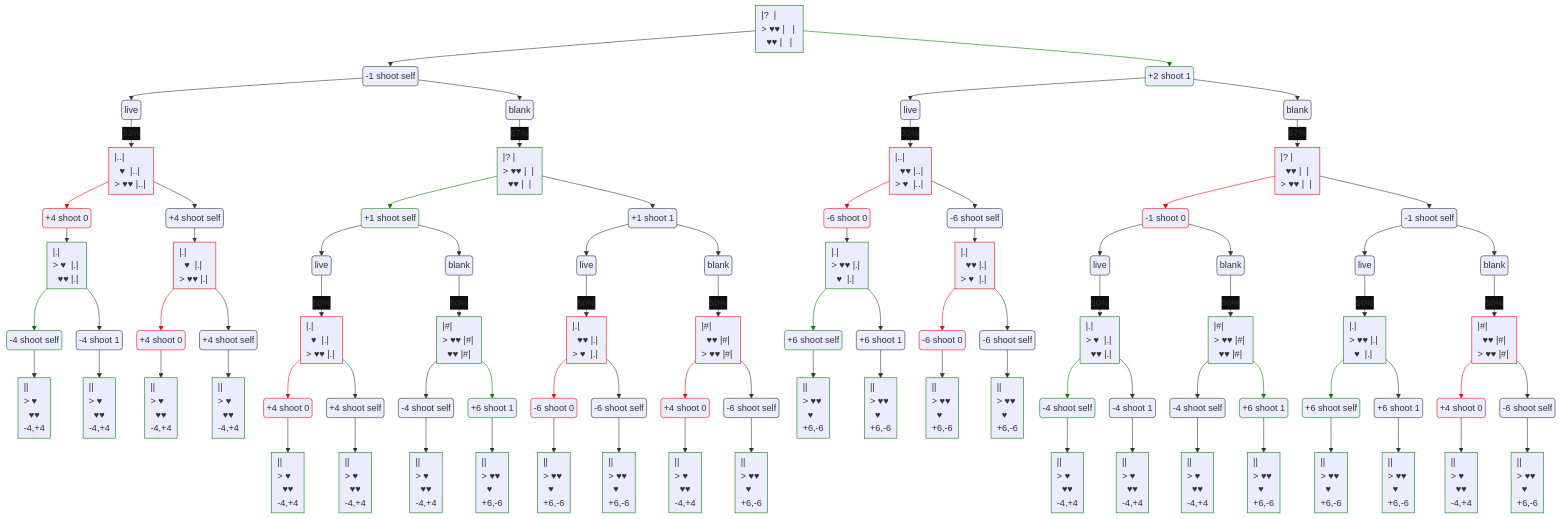
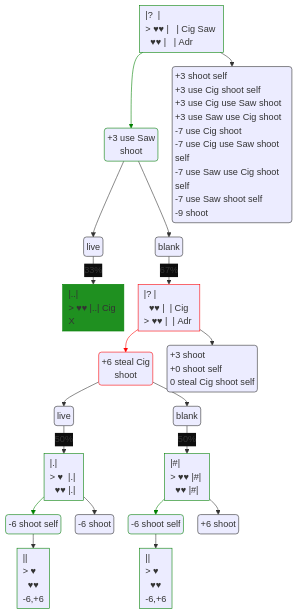
Before and after one commit to pingbird/buckshot: the diagram in output.mmd, drawn with Mermaid. The commit also changed 5 other files, not shown here.

```diff
--- a/output.mmd
+++ b/output.mmd
@@ -12,251 +12,60 @@
     padding: 5
 ---
 graph TD;
-  n0["|?&nbsp;&nbsp;|&nbsp;<br>>&nbsp;♥♥&nbsp;|&nbsp;&nbsp;&nbsp;|&nbsp;<br>&nbsp;&nbsp;♥♥&nbsp;|&nbsp;&nbsp;&nbsp;|&nbsp;<br>"]
+  n0["|?&nbsp;&nbsp;|&nbsp;<br>>&nbsp;♥♥&nbsp;|&nbsp;&nbsp;&nbsp;|&nbsp;Cig&nbsp;Saw&nbsp;<br>&nbsp;&nbsp;♥♥&nbsp;|&nbsp;&nbsp;&nbsp;|&nbsp;Adr&nbsp;<br>"]
   style n0 text-align:left,stroke:green;
-  d0-0("-1 shoot self")
-  n0 --> d0-0
-  p0-0-0(" live")
-  d0-0 --> p0-0-0
-  p0-0-0 -->|"33%"| n1
-  p0-0-1(" blank")
-  d0-0 --> p0-0-1
-  p0-0-1 -->|"67%"| n8
-  d0-1("+2 shoot 1")
-  n0 --> d0-1
-  style d0-1 stroke: green
-  linkStyle 5 stroke: green;
-  p0-1-0(" live")
-  d0-1 --> p0-1-0
-  p0-1-0 -->|"33%"| n21
-  p0-1-1(" blank")
-  d0-1 --> p0-1-1
-  p0-1-1 -->|"67%"| n28
-  n1["|..|&nbsp;<br>&nbsp;&nbsp;♥&nbsp;&nbsp;|..|&nbsp;<br>>&nbsp;♥♥&nbsp;|..|&nbsp;<br>"]
-  style n1 text-align:left,stroke:red;
-  d1-0("+4 shoot 0")
-  n1 --> d1-0
-  style d1-0 stroke: red
-  linkStyle 10 stroke: red;
-  d1-0 --> n2
-  d1-1("+4 shoot self")
-  n1 --> d1-1
-  d1-1 --> n5
-  n2["|.|&nbsp;<br>>&nbsp;♥&nbsp;&nbsp;|.|&nbsp;<br>&nbsp;&nbsp;♥♥&nbsp;|.|&nbsp;<br>"]
-  style n2 text-align:left,stroke:green;
-  d2-0("-4 shoot self")
-  n2 --> d2-0
-  style d2-0 stroke: green
-  linkStyle 14 stroke: green;
-  d2-0 --> n3
-  d2-1("-4 shoot 1")
-  n2 --> d2-1
-  d2-1 --> n4
-  n3["||&nbsp;<br>>&nbsp;♥&nbsp;&nbsp;<br>&nbsp;&nbsp;♥♥&nbsp;<br>-4,+4"]
-  style n3 text-align:left,stroke:green;
-  n4["||&nbsp;<br>>&nbsp;♥&nbsp;&nbsp;<br>&nbsp;&nbsp;♥♥&nbsp;<br>-4,+4"]
-  style n4 text-align:left,stroke:green;
-  n5["|.|&nbsp;<br>&nbsp;&nbsp;♥&nbsp;&nbsp;|.|&nbsp;<br>>&nbsp;♥♥&nbsp;|.|&nbsp;<br>"]
-  style n5 text-align:left,stroke:red;
-  d5-0("+4 shoot 0")
-  n5 --> d5-0
-  style d5-0 stroke: red
-  linkStyle 18 stroke: red;
-  d5-0 --> n6
-  d5-1("+4 shoot self")
-  n5 --> d5-1
-  d5-1 --> n7
-  n6["||&nbsp;<br>>&nbsp;♥&nbsp;&nbsp;<br>&nbsp;&nbsp;♥♥&nbsp;<br>-4,+4"]
-  style n6 text-align:left,stroke:green;
-  n7["||&nbsp;<br>>&nbsp;♥&nbsp;&nbsp;<br>&nbsp;&nbsp;♥♥&nbsp;<br>-4,+4"]
-  style n7 text-align:left,stroke:green;
-  n8["|?&nbsp;|&nbsp;<br>>&nbsp;♥♥&nbsp;|&nbsp;&nbsp;|&nbsp;<br>&nbsp;&nbsp;♥♥&nbsp;|&nbsp;&nbsp;|&nbsp;<br>"]
-  style n8 text-align:left,stroke:green;
-  d8-0("+1 shoot self")
-  n8 --> d8-0
-  style d8-0 stroke: green
-  linkStyle 22 stroke: green;
-  p8-0-0(" live")
-  d8-0 --> p8-0-0
-  p8-0-0 -->|"50%"| n9
-  p8-0-1(" blank")
-  d8-0 --> p8-0-1
-  p8-0-1 -->|"50%"| n12
-  d8-1("+1 shoot 1")
-  n8 --> d8-1
-  p8-1-0(" live")
-  d8-1 --> p8-1-0
-  p8-1-0 -->|"50%"| n15
-  p8-1-1(" blank")
-  d8-1 --> p8-1-1
-  p8-1-1 -->|"50%"| n18
-  n9["|.|&nbsp;<br>&nbsp;&nbsp;♥&nbsp;&nbsp;|.|&nbsp;<br>>&nbsp;♥♥&nbsp;|.|&nbsp;<br>"]
-  style n9 text-align:left,stroke:red;
-  d9-0("+4 shoot 0")
-  n9 --> d9-0
-  style d9-0 stroke: red
-  linkStyle 32 stroke: red;
-  d9-0 --> n10
-  d9-1("+4 shoot self")
-  n9 --> d9-1
-  d9-1 --> n11
-  n10["||&nbsp;<br>>&nbsp;♥&nbsp;&nbsp;<br>&nbsp;&nbsp;♥♥&nbsp;<br>-4,+4"]
-  style n10 text-align:left,stroke:green;
-  n11["||&nbsp;<br>>&nbsp;♥&nbsp;&nbsp;<br>&nbsp;&nbsp;♥♥&nbsp;<br>-4,+4"]
-  style n11 text-align:left,stroke:green;
-  n12["|#|&nbsp;<br>>&nbsp;♥♥&nbsp;|#|&nbsp;<br>&nbsp;&nbsp;♥♥&nbsp;|#|&nbsp;<br>"]
-  style n12 text-align:left,stroke:green;
-  d12-0("-4 shoot self")
-  n12 --> d12-0
-  d12-0 --> n13
-  d12-1("+6 shoot 1")
-  n12 --> d12-1
-  style d12-1 stroke: green
-  linkStyle 38 stroke: green;
-  d12-1 --> n14
-  n13["||&nbsp;<br>>&nbsp;♥&nbsp;&nbsp;<br>&nbsp;&nbsp;♥♥&nbsp;<br>-4,+4"]
-  style n13 text-align:left,stroke:green;
-  n14["||&nbsp;<br>>&nbsp;♥♥&nbsp;<br>&nbsp;&nbsp;♥&nbsp;&nbsp;<br>+6,-6"]
-  style n14 text-align:left,stroke:green;
-  n15["|.|&nbsp;<br>&nbsp;&nbsp;♥♥&nbsp;|.|&nbsp;<br>>&nbsp;♥&nbsp;&nbsp;|.|&nbsp;<br>"]
-  style n15 text-align:left,stroke:red;
-  d15-0("-6 shoot 0")
-  n15 --> d15-0
-  style d15-0 stroke: red
-  linkStyle 40 stroke: red;
-  d15-0 --> n16
-  d15-1("-6 shoot self")
-  n15 --> d15-1
-  d15-1 --> n17
-  n16["||&nbsp;<br>>&nbsp;♥♥&nbsp;<br>&nbsp;&nbsp;♥&nbsp;&nbsp;<br>+6,-6"]
-  style n16 text-align:left,stroke:green;
-  n17["||&nbsp;<br>>&nbsp;♥♥&nbsp;<br>&nbsp;&nbsp;♥&nbsp;&nbsp;<br>+6,-6"]
-  style n17 text-align:left,stroke:green;
-  n18["|#|&nbsp;<br>&nbsp;&nbsp;♥♥&nbsp;|#|&nbsp;<br>>&nbsp;♥♥&nbsp;|#|&nbsp;<br>"]
-  style n18 text-align:left,stroke:red;
-  d18-0("+4 shoot 0")
-  n18 --> d18-0
-  style d18-0 stroke: red
-  linkStyle 44 stroke: red;
-  d18-0 --> n19
-  d18-1("-6 shoot self")
-  n18 --> d18-1
-  d18-1 --> n20
-  n19["||&nbsp;<br>>&nbsp;♥&nbsp;&nbsp;<br>&nbsp;&nbsp;♥♥&nbsp;<br>-4,+4"]
-  style n19 text-align:left,stroke:green;
-  n20["||&nbsp;<br>>&nbsp;♥♥&nbsp;<br>&nbsp;&nbsp;♥&nbsp;&nbsp;<br>+6,-6"]
-  style n20 text-align:left,stroke:green;
-  n21["|..|&nbsp;<br>&nbsp;&nbsp;♥♥&nbsp;|..|&nbsp;<br>>&nbsp;♥&nbsp;&nbsp;|..|&nbsp;<br>"]
-  style n21 text-align:left,stroke:red;
-  d21-0("-6 shoot 0")
-  n21 --> d21-0
-  style d21-0 stroke: red
-  linkStyle 48 stroke: red;
-  d21-0 --> n22
-  d21-1("-6 shoot self")
-  n21 --> d21-1
-  d21-1 --> n25
-  n22["|.|&nbsp;<br>>&nbsp;♥♥&nbsp;|.|&nbsp;<br>&nbsp;&nbsp;♥&nbsp;&nbsp;|.|&nbsp;<br>"]
-  style n22 text-align:left,stroke:green;
-  d22-0("+6 shoot self")
-  n22 --> d22-0
-  style d22-0 stroke: green
-  linkStyle 52 stroke: green;
-  d22-0 --> n23
-  d22-1("+6 shoot 1")
-  n22 --> d22-1
-  d22-1 --> n24
-  n23["||&nbsp;<br>>&nbsp;♥♥&nbsp;<br>&nbsp;&nbsp;♥&nbsp;&nbsp;<br>+6,-6"]
-  style n23 text-align:left,stroke:green;
-  n24["||&nbsp;<br>>&nbsp;♥♥&nbsp;<br>&nbsp;&nbsp;♥&nbsp;&nbsp;<br>+6,-6"]
-  style n24 text-align:left,stroke:green;
-  n25["|.|&nbsp;<br>&nbsp;&nbsp;♥♥&nbsp;|.|&nbsp;<br>>&nbsp;♥&nbsp;&nbsp;|.|&nbsp;<br>"]
-  style n25 text-align:left,stroke:red;
-  d25-0("-6 shoot 0")
-  n25 --> d25-0
-  style d25-0 stroke: red
-  linkStyle 56 stroke: red;
-  d25-0 --> n26
-  d25-1("-6 shoot self")
-  n25 --> d25-1
-  d25-1 --> n27
-  n26["||&nbsp;<br>>&nbsp;♥♥&nbsp;<br>&nbsp;&nbsp;♥&nbsp;&nbsp;<br>+6,-6"]
-  style n26 text-align:left,stroke:green;
-  n27["||&nbsp;<br>>&nbsp;♥♥&nbsp;<br>&nbsp;&nbsp;♥&nbsp;&nbsp;<br>+6,-6"]
-  style n27 text-align:left,stroke:green;
-  n28["|?&nbsp;|&nbsp;<br>&nbsp;&nbsp;♥♥&nbsp;|&nbsp;&nbsp;|&nbsp;<br>>&nbsp;♥♥&nbsp;|&nbsp;&nbsp;|&nbsp;<br>"]
-  style n28 text-align:left,stroke:red;
-  d28-0("-1 shoot 0")
-  n28 --> d28-0
-  style d28-0 stroke: red
-  linkStyle 60 stroke: red;
-  p28-0-0(" live")
-  d28-0 --> p28-0-0
-  p28-0-0 -->|"50%"| n29
-  p28-0-1(" blank")
-  d28-0 --> p28-0-1
-  p28-0-1 -->|"50%"| n32
-  d28-1("-1 shoot self")
-  n28 --> d28-1
-  p28-1-0(" live")
-  d28-1 --> p28-1-0
-  p28-1-0 -->|"50%"| n35
-  p28-1-1(" blank")
-  d28-1 --> p28-1-1
-  p28-1-1 -->|"50%"| n38
-  n29["|.|&nbsp;<br>>&nbsp;♥&nbsp;&nbsp;|.|&nbsp;<br>&nbsp;&nbsp;♥♥&nbsp;|.|&nbsp;<br>"]
-  style n29 text-align:left,stroke:green;
-  d29-0("-4 shoot self")
-  n29 --> d29-0
-  style d29-0 stroke: green
-  linkStyle 70 stroke: green;
-  d29-0 --> n30
-  d29-1("-4 shoot 1")
-  n29 --> d29-1
-  d29-1 --> n31
-  n30["||&nbsp;<br>>&nbsp;♥&nbsp;&nbsp;<br>&nbsp;&nbsp;♥♥&nbsp;<br>-4,+4"]
-  style n30 text-align:left,stroke:green;
-  n31["||&nbsp;<br>>&nbsp;♥&nbsp;&nbsp;<br>&nbsp;&nbsp;♥♥&nbsp;<br>-4,+4"]
-  style n31 text-align:left,stroke:green;
-  n32["|#|&nbsp;<br>>&nbsp;♥♥&nbsp;|#|&nbsp;<br>&nbsp;&nbsp;♥♥&nbsp;|#|&nbsp;<br>"]
-  style n32 text-align:left,stroke:green;
-  d32-0("-4 shoot self")
-  n32 --> d32-0
-  d32-0 --> n33
-  d32-1("+6 shoot 1")
-  n32 --> d32-1
-  style d32-1 stroke: green
-  linkStyle 76 stroke: green;
-  d32-1 --> n34
-  n33["||&nbsp;<br>>&nbsp;♥&nbsp;&nbsp;<br>&nbsp;&nbsp;♥♥&nbsp;<br>-4,+4"]
-  style n33 text-align:left,stroke:green;
-  n34["||&nbsp;<br>>&nbsp;♥♥&nbsp;<br>&nbsp;&nbsp;♥&nbsp;&nbsp;<br>+6,-6"]
-  style n34 text-align:left,stroke:green;
-  n35["|.|&nbsp;<br>>&nbsp;♥♥&nbsp;|.|&nbsp;<br>&nbsp;&nbsp;♥&nbsp;&nbsp;|.|&nbsp;<br>"]
-  style n35 text-align:left,stroke:green;
-  d35-0("+6 shoot self")
-  n35 --> d35-0
-  style d35-0 stroke: green
-  linkStyle 78 stroke: green;
-  d35-0 --> n36
-  d35-1("+6 shoot 1")
-  n35 --> d35-1
-  d35-1 --> n37
-  n36["||&nbsp;<br>>&nbsp;♥♥&nbsp;<br>&nbsp;&nbsp;♥&nbsp;&nbsp;<br>+6,-6"]
-  style n36 text-align:left,stroke:green;
-  n37["||&nbsp;<br>>&nbsp;♥♥&nbsp;<br>&nbsp;&nbsp;♥&nbsp;&nbsp;<br>+6,-6"]
-  style n37 text-align:left,stroke:green;
-  n38["|#|&nbsp;<br>&nbsp;&nbsp;♥♥&nbsp;|#|&nbsp;<br>>&nbsp;♥♥&nbsp;|#|&nbsp;<br>"]
-  style n38 text-align:left,stroke:red;
-  d38-0("+4 shoot 0")
-  n38 --> d38-0
-  style d38-0 stroke: red
-  linkStyle 82 stroke: red;
-  d38-0 --> n39
-  d38-1("-6 shoot self")
-  n38 --> d38-1
-  d38-1 --> n40
-  n39["||&nbsp;<br>>&nbsp;♥&nbsp;&nbsp;<br>&nbsp;&nbsp;♥♥&nbsp;<br>-4,+4"]
-  style n39 text-align:left,stroke:green;
-  n40["||&nbsp;<br>>&nbsp;♥♥&nbsp;<br>&nbsp;&nbsp;♥&nbsp;&nbsp;<br>+6,-6"]
-  style n40 text-align:left,stroke:green;
+  d0-7("+3 use Saw<br>shoot")
+  n0 --> d0-7
+  style d0-7 stroke: green
+  linkStyle 0 stroke: green;
+  p0-7-0(" live")
+  d0-7 --> p0-7-0
+  p0-7-0 -->|"33%"| n179
+  p0-7-1(" blank")
+  d0-7 --> p0-7-1
+  p0-7-1 -->|"67%"| n180
+  h0("+3 shoot self<br>+3 use Cig shoot self<br>+3 use Cig use Saw shoot<br>+3 use Saw use Cig shoot<br>-7 use Cig shoot<br>-7 use Cig use Saw shoot self<br>-7 use Saw use Cig shoot self<br>-7 use Saw shoot self<br>-9 shoot")
+  n0 --> h0
+  style h0 text-align:left
+  n179["|..|&nbsp;<br>>&nbsp;♥♥&nbsp;|..|&nbsp;Cig&nbsp;<br>X&nbsp;&nbsp;&nbsp;&nbsp;<br>"]
+  style n179 text-align:left,stroke:green;
+  style n179 fill:#1f9020
+  n180["|?&nbsp;|&nbsp;<br>&nbsp;&nbsp;♥♥&nbsp;|&nbsp;&nbsp;|&nbsp;Cig&nbsp;<br>>&nbsp;♥♥&nbsp;|&nbsp;&nbsp;|&nbsp;Adr&nbsp;<br>"]
+  style n180 text-align:left,stroke:red;
+  d180-0("+6 steal Cig<br>shoot")
+  n180 --> d180-0
+  style d180-0 stroke: red
+  linkStyle 6 stroke: red;
+  p180-0-0(" live")
+  d180-0 --> p180-0-0
+  p180-0-0 -->|"50%"| n181
+  p180-0-1(" blank")
+  d180-0 --> p180-0-1
+  p180-0-1 -->|"50%"| n184
+  h180("+3 shoot<br>+0 shoot self<br>0 steal Cig shoot self")
+  n180 --> h180
+  style h180 text-align:left
+  n181["|.|&nbsp;<br>>&nbsp;♥&nbsp;&nbsp;|.|&nbsp;<br>&nbsp;&nbsp;♥♥&nbsp;|.|&nbsp;<br>"]
+  style n181 text-align:left,stroke:green;
+  d181-0("-6 shoot self")
+  n181 --> d181-0
+  style d181-0 stroke: green
+  linkStyle 12 stroke: green;
+  d181-0 --> n182
+  h181("-6 shoot")
+  n181 --> h181
+  style h181 text-align:left
+  n182["||&nbsp;<br>>&nbsp;♥&nbsp;&nbsp;<br>&nbsp;&nbsp;♥♥&nbsp;<br>-6,+6"]
+  style n182 text-align:left,stroke:green;
+  n184["|#|&nbsp;<br>>&nbsp;♥♥&nbsp;|#|&nbsp;<br>&nbsp;&nbsp;♥♥&nbsp;|#|&nbsp;<br>"]
+  style n184 text-align:left,stroke:green;
+  d184-0("-6 shoot self")
+  n184 --> d184-0
+  style d184-0 stroke: green
+  linkStyle 15 stroke: green;
+  d184-0 --> n185
+  h184("+6 shoot")
+  n184 --> h184
+  style h184 text-align:left
+  n185["||&nbsp;<br>>&nbsp;♥&nbsp;&nbsp;<br>&nbsp;&nbsp;♥♥&nbsp;<br>-6,+6"]
+  style n185 text-align:left,stroke:green;
```
